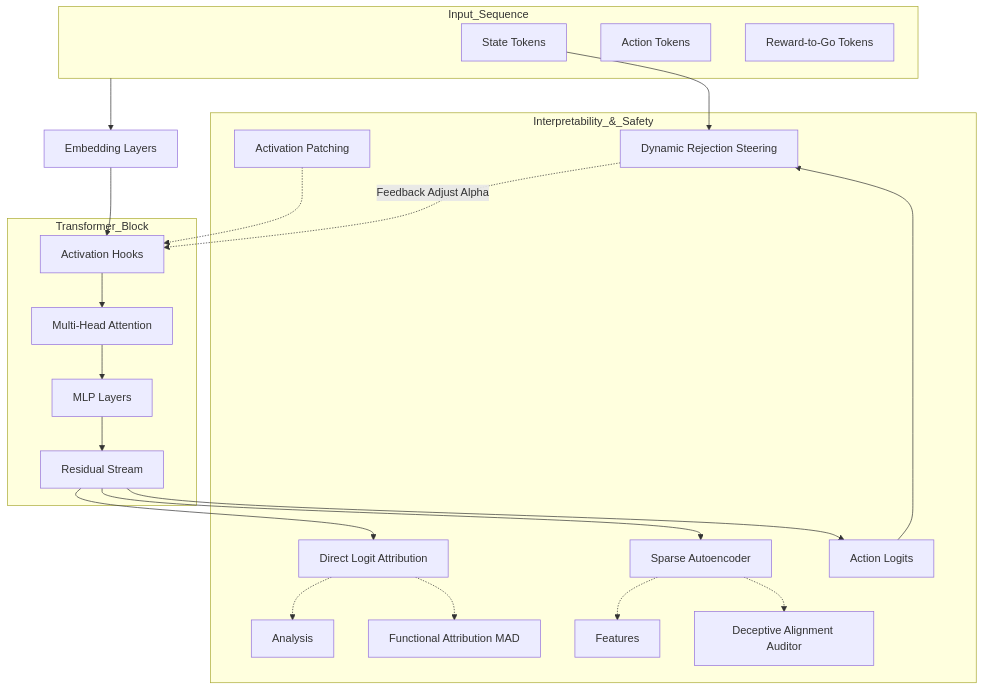
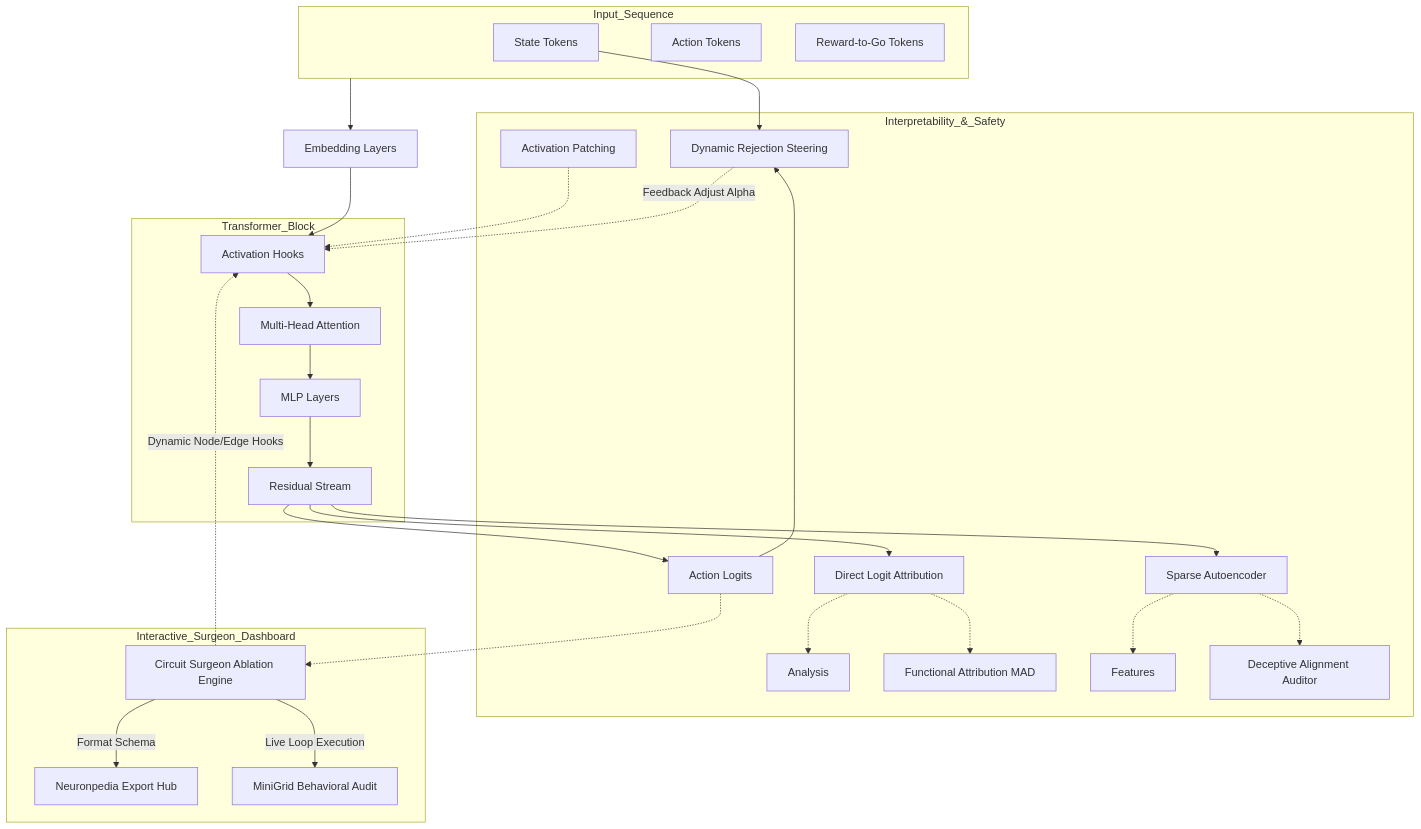
The diagram in README.md (sadhumitha-s/DT-Circuits), drawn with Mermaid before and after one commit. The commit also changed other lines of this file and 4 other files, not shown here.

Commit message:
feat: implement interactive circuit surgery engine, dashboard integration, and Neuronpedia export functionality

````diff
--- a/README.md
+++ b/README.md
@@ -39,32 +39,39 @@
 ```mermaid
 graph TD
     subgraph Input_Sequence
         S[State Tokens]
         A[Action Tokens]
         RTG[Reward-to-Go Tokens]
     end
 
     Input_Sequence --> Embed[Embedding Layers]
     Embed --> Hooks[Activation Hooks]
     
     subgraph Transformer_Block
         Hooks --> Attn[Multi-Head Attention]
         Attn --> MLP[MLP Layers]
         MLP --> Res[Residual Stream]
     end
 
     Res --> DLA[Direct Logit Attribution]
     Res --> SAE[Sparse Autoencoder]
     Res --> Output[Action Logits]
 
     subgraph Interpretability_&_Safety
         DLA -.-> Analysis
         DLA -.-> MAD[Functional Attribution MAD]
         SAE -.-> Features
         SAE -.-> Auditor[Deceptive Alignment Auditor]
         Intervention[Activation Patching] -.-> Hooks
         
         Output & S --> Directer[Dynamic Rejection Steering]
         Directer -.-> |Feedback Adjust Alpha| Hooks
     end
+
+    subgraph Interactive_Surgeon_Dashboard
+        Surgeon[Circuit Surgeon Ablation Engine] -.-> |Dynamic Node/Edge Hooks| Hooks
+        Surgeon --> |Format Schema| Neuronpedia[Neuronpedia Export Hub]
+        Surgeon --> |Live Loop Execution| MiniGrid[MiniGrid Behavioral Audit]
+        Output -.-> Surgeon
+    end
 ```
````
